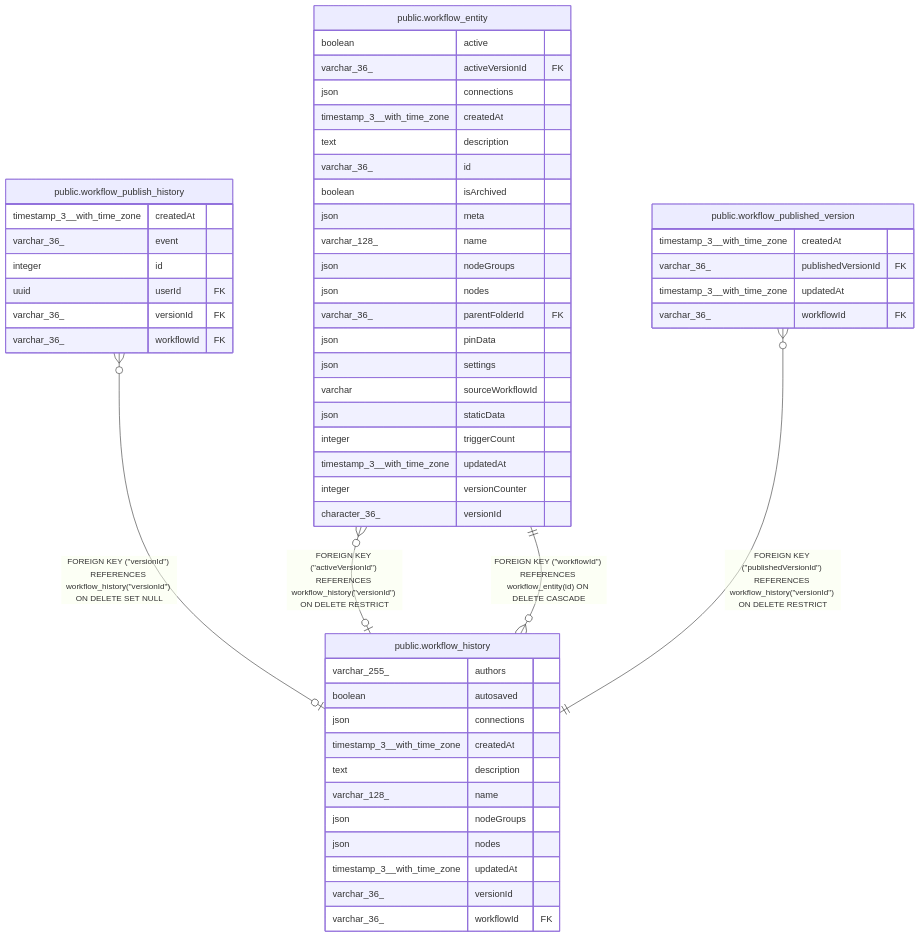
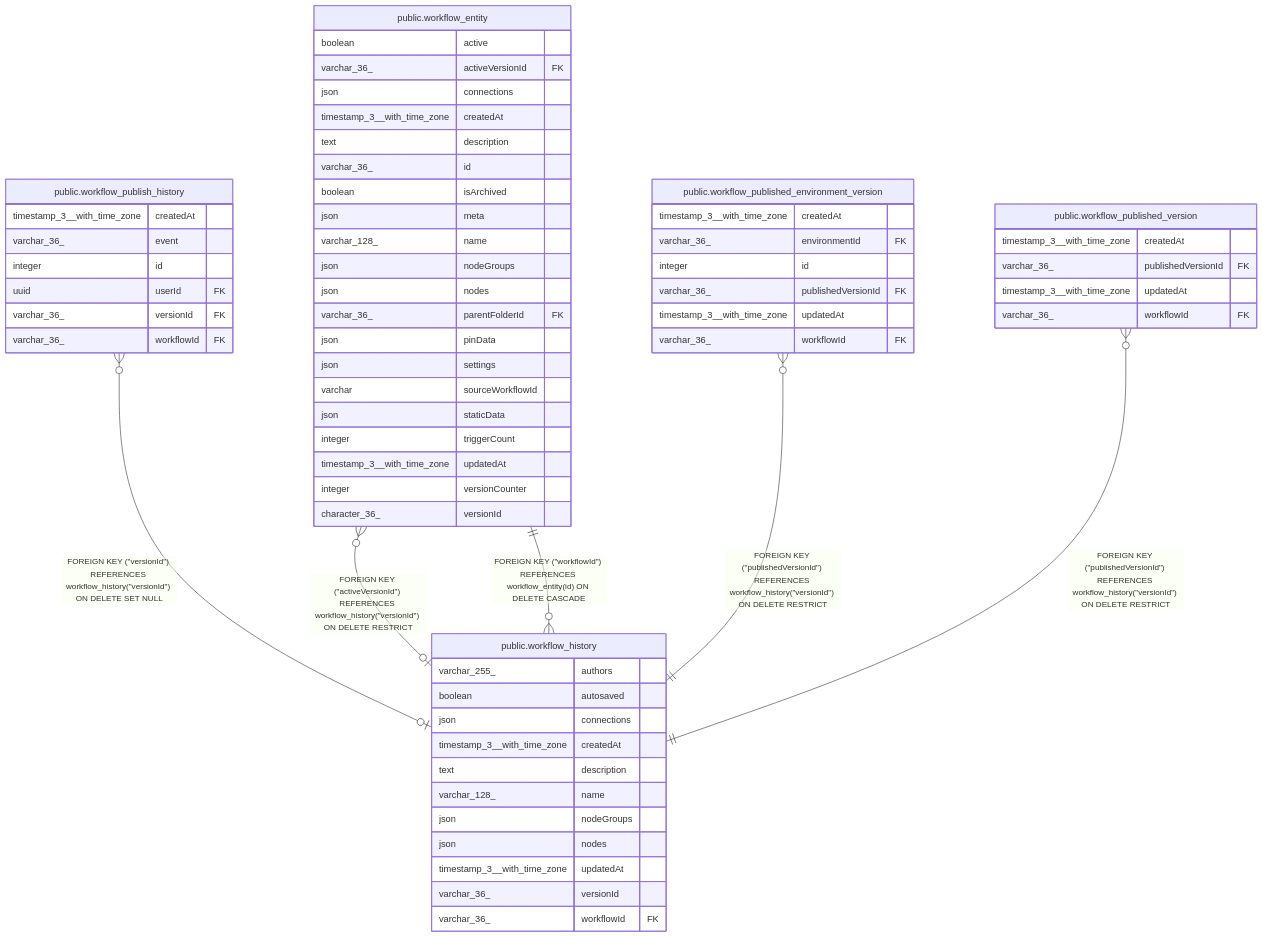
The diagram in docs/generated/postgres-schema/public.workflow_history.md (mayankjain1815-commits/n8n), drawn with Mermaid before and after one commit. The commit also changed other lines of this file and 36 other files, not shown here.

````diff
--- a/docs/generated/postgres-schema/public.workflow_history.md
+++ b/docs/generated/postgres-schema/public.workflow_history.md
@@ -44,58 +44,67 @@
 ```mermaid
 erDiagram
 
 "public.workflow_entity" }o--o| "public.workflow_history" : "FOREIGN KEY (#quot;activeVersionId#quot;) REFERENCES workflow_history(#quot;versionId#quot;) ON DELETE RESTRICT"
 "public.workflow_publish_history" }o--o| "public.workflow_history" : "FOREIGN KEY (#quot;versionId#quot;) REFERENCES workflow_history(#quot;versionId#quot;) ON DELETE SET NULL"
+"public.workflow_published_environment_version" }o--|| "public.workflow_history" : "FOREIGN KEY (#quot;publishedVersionId#quot;) REFERENCES workflow_history(#quot;versionId#quot;) ON DELETE RESTRICT"
 "public.workflow_published_version" }o--|| "public.workflow_history" : "FOREIGN KEY (#quot;publishedVersionId#quot;) REFERENCES workflow_history(#quot;versionId#quot;) ON DELETE RESTRICT"
 "public.workflow_history" }o--|| "public.workflow_entity" : "FOREIGN KEY (#quot;workflowId#quot;) REFERENCES workflow_entity(id) ON DELETE CASCADE"
 
 "public.workflow_history" {
   varchar_255_ authors
   boolean autosaved
   json connections
   timestamp_3__with_time_zone createdAt
   text description
   varchar_128_ name
   json nodeGroups
   json nodes
   timestamp_3__with_time_zone updatedAt
   varchar_36_ versionId
   varchar_36_ workflowId FK
 }
 "public.workflow_entity" {
   boolean active
   varchar_36_ activeVersionId FK
   json connections
   timestamp_3__with_time_zone createdAt
   text description
   varchar_36_ id
   boolean isArchived
   json meta
   varchar_128_ name
   json nodeGroups
   json nodes
   varchar_36_ parentFolderId FK
   json pinData
   json settings
   varchar sourceWorkflowId
   json staticData
   integer triggerCount
   timestamp_3__with_time_zone updatedAt
   integer versionCounter
   character_36_ versionId
 }
 "public.workflow_publish_history" {
   timestamp_3__with_time_zone createdAt
   varchar_36_ event
   integer id
   uuid userId FK
   varchar_36_ versionId FK
   varchar_36_ workflowId FK
 }
+"public.workflow_published_environment_version" {
+  timestamp_3__with_time_zone createdAt
+  varchar_36_ environmentId FK
+  integer id
+  varchar_36_ publishedVersionId FK
+  timestamp_3__with_time_zone updatedAt
+  varchar_36_ workflowId FK
+}
 "public.workflow_published_version" {
   timestamp_3__with_time_zone createdAt
   varchar_36_ publishedVersionId FK
   timestamp_3__with_time_zone updatedAt
   varchar_36_ workflowId FK
 }
 ```
````
